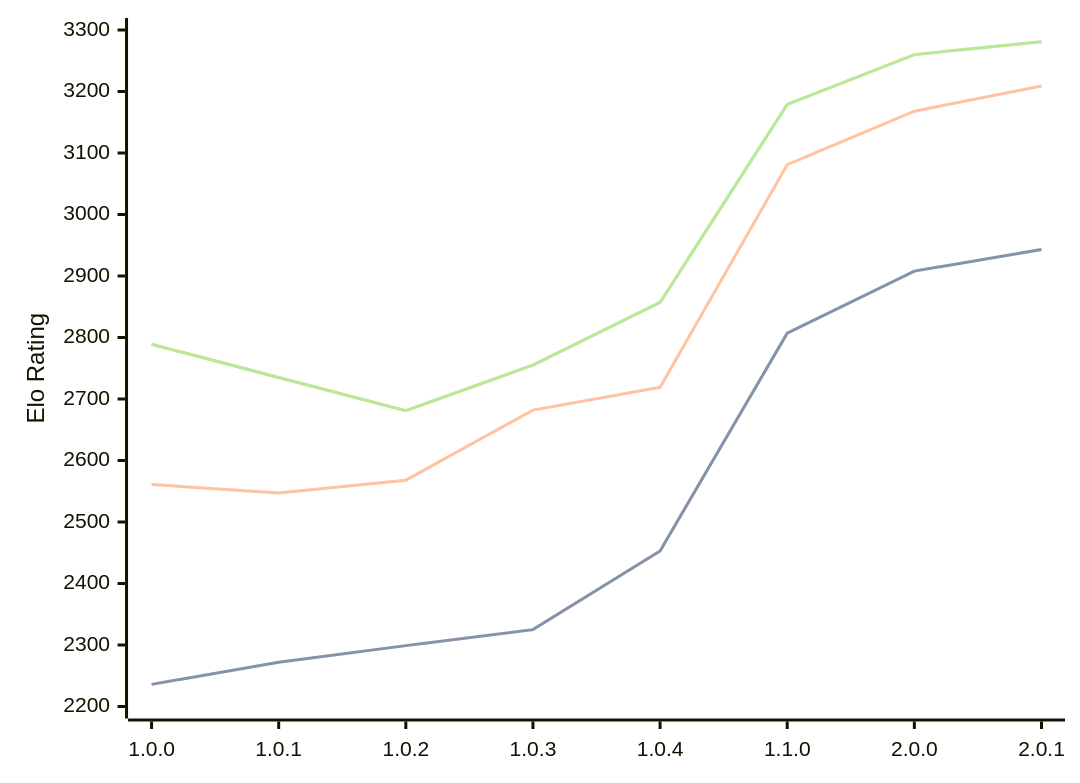
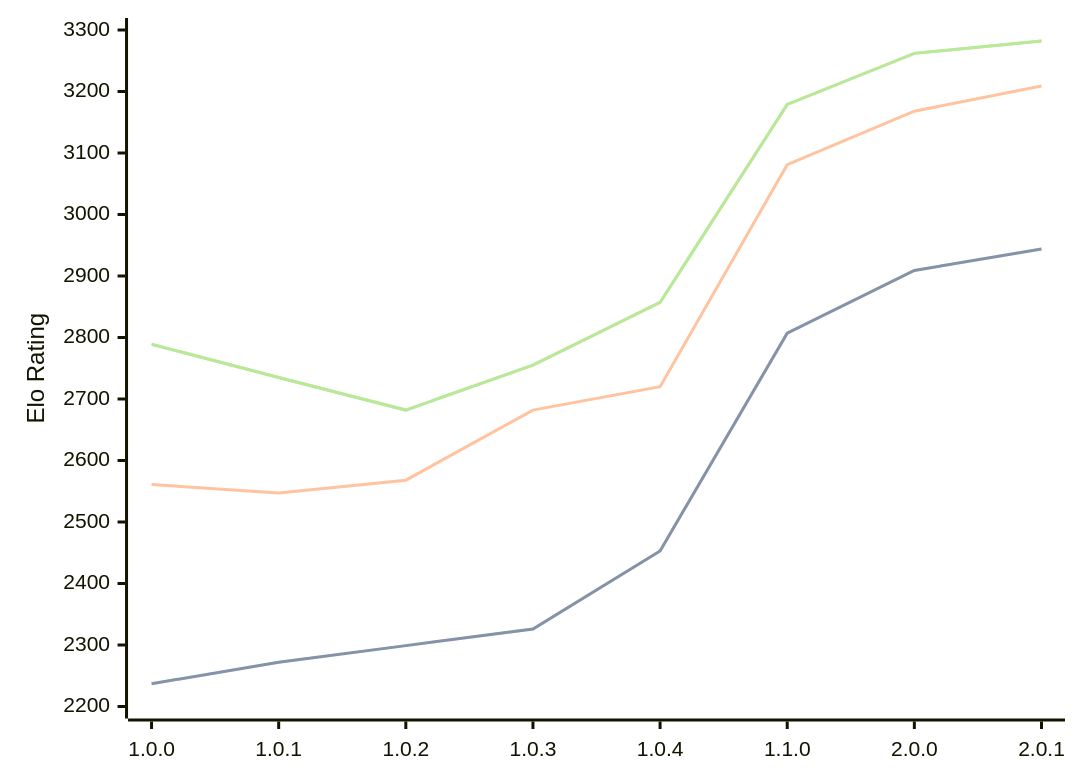
The diagram in engines/Grail.md (computer-chess-index/cci), drawn with Mermaid before and after one commit. The commit also changed other lines of this file, not shown here.

Commit message:
Update CCI Ratings (ELO VLTC) - 2026-09-07

````diff
--- a/engines/Grail.md
+++ b/engines/Grail.md
@@ -38,11 +38,11 @@
 ```mermaid
 %%{init: {"theme":"base","themeVariables":{"seriesColors:['#a3a3a3','#222221','#faa371']}}}%%
 xychart-beta
   x-axis ["1.0.0", "1.0.1", "1.0.2", "1.0.3", "1.0.4", "1.1.0", "2.0.0", "2.0.1"]
   y-axis "Elo Rating" 2200 --> 3300
-  line "" [2236, 2272, 2299, 2325, 2453, 2807, 2908, 2943]
-  line "STC (8.0+0.08s)" [2236, 2272, 2299, 2325, 2453, 2807, 2908, 2943]
-  line "LTC (60.0+0.60s)" [2561, 2547, 2568, 2682, 2719, 3081, 3168, 3209]
-  line "" [2789, 2735, 2681, 2755, 2857, 3179, 3260, 3281]
-  line "VLTC (2m24s+1.12s)" [2789, 2735, 2681, 2755, 2857, 3179, 3260, 3281]
+  line "" [2237, 2272, 2299, 2326, 2453, 2807, 2909, 2944]
+  line "STC (8.0+0.08s)" [2237, 2272, 2299, 2326, 2453, 2807, 2909, 2944]
+  line "LTC (60.0+0.60s)" [2561, 2547, 2568, 2682, 2720, 3081, 3168, 3209]
+  line "" [2789, 2735, 2682, 2755, 2857, 3179, 3262, 3282]
+  line "VLTC (2m24s+1.12s)" [2789, 2735, 2682, 2755, 2857, 3179, 3262, 3282]
 ```
````
